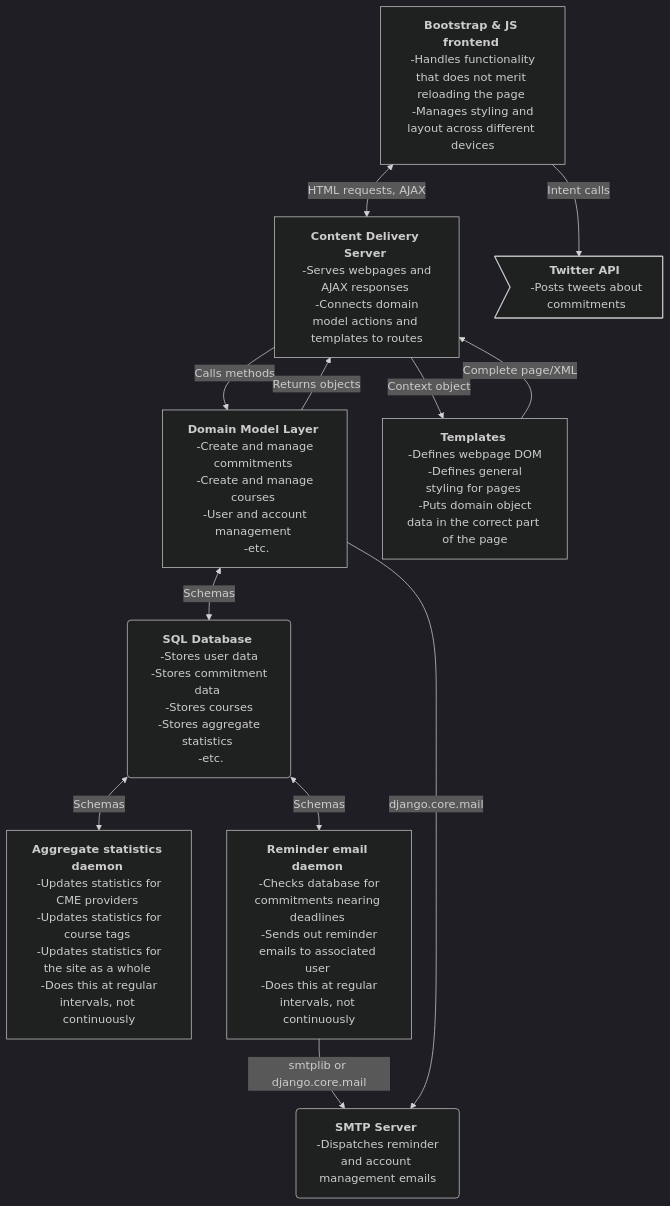
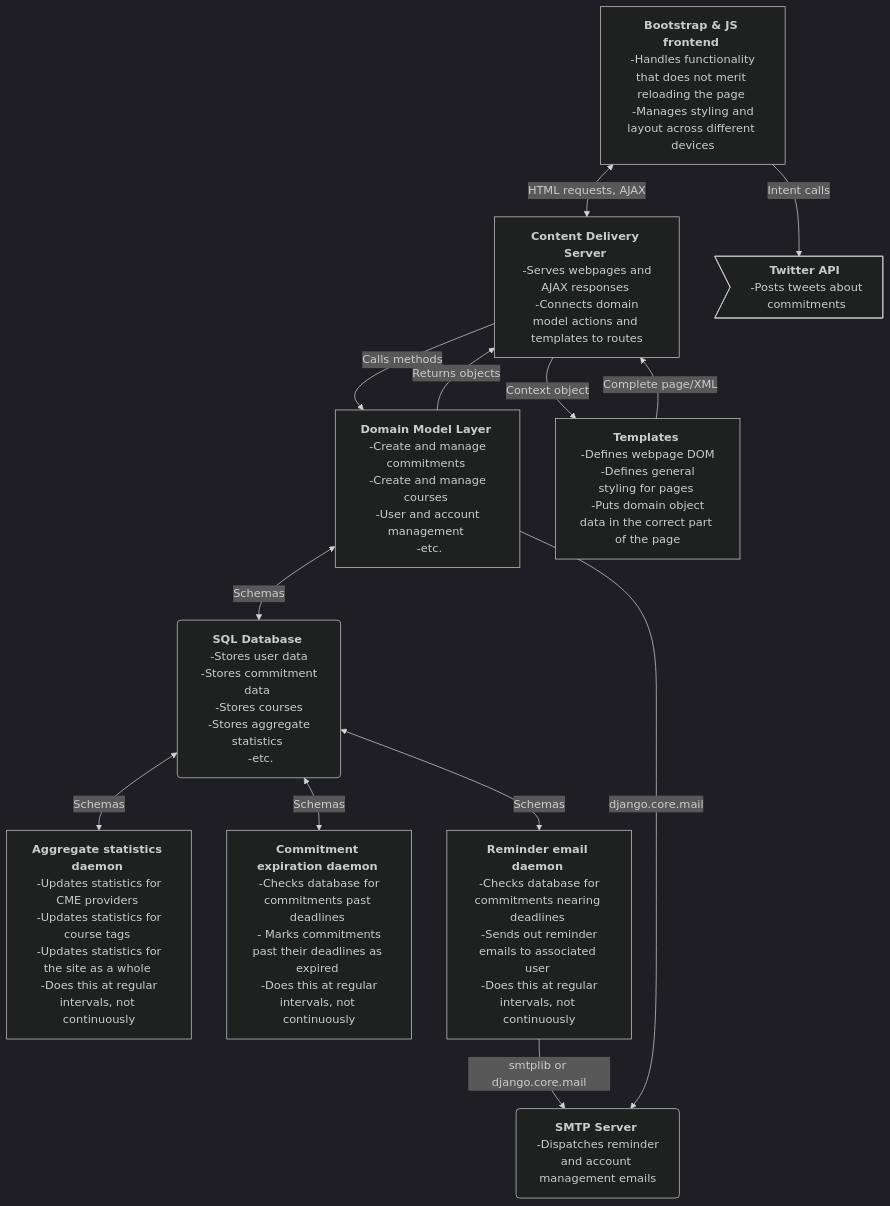
One commit to lee-blake/CME-Commitment-to-Change changed the diagram in Design/Architecture.md. Above: the diagram before and after it, drawn with Mermaid (dark theme). The commit also changed other lines of this file, not shown here.

Commit message:
Add commitment expiration daemon

````diff
--- a/Design/Architecture.md
+++ b/Design/Architecture.md
@@ -7,14 +7,15 @@
 ```mermaid
 graph TD;
     frontend[<b>Bootstrap & JS frontend</b> <br> -Handles functionality that does not merit reloading the page <br> -Manages styling and layout across different devices] <-- HTML requests, AJAX --> delivery[<b>Content Delivery Server</b> <br> -Serves webpages and AJAX responses <br> -Connects domain model actions and templates to routes];
     delivery -- Calls methods --> model[<b>Domain Model Layer</b> <br> -Create and manage commitments <br> -Create and manage courses <br> -User and account management <br> -etc.];
     model -- Returns objects --> delivery
     delivery -- Context object --> templates[<b>Templates</b> <br> -Defines webpage DOM <br> -Defines general styling for pages <br> -Puts domain object data in the correct part of the page];
     templates -- Complete page/XML --> delivery
     model <-- Schemas --> database(<b>SQL Database</b> <br> -Stores user data <br> -Stores commitment data <br> -Stores courses <br> -Stores aggregate statistics <br> -etc.);
-    database <-- Schemas --> statistics[<b>Aggregate statistics daemon</b> <br> -Updates statistics for CME providers <br> -Updates statistics for course tags <br> -Updates statistics for the site as a whole <br> -Does this at regular intervals, not continuously];;
+    database <-- Schemas --> statistics[<b>Aggregate statistics daemon</b> <br> -Updates statistics for CME providers <br> -Updates statistics for course tags <br> -Updates statistics for the site as a whole <br> -Does this at regular intervals, not continuously];
+    database <-- Schemas --> expiration[<b>Commitment expiration daemon</b> <br> -Checks database for commitments past deadlines <br> - Marks commitments past their deadlines as expired <br> -Does this at regular intervals, not continuously];
     database <-- Schemas --> reminder[<b>Reminder email daemon</b> <br> -Checks database for commitments nearing deadlines <br> -Sends out reminder emails to associated user <br> -Does this at regular intervals, not continuously];
     reminder -- smtplib or django.core.mail --> smtp(<b>SMTP Server</b> <br> -Dispatches reminder and account management emails);
     model -- django.core.mail --> smtp;
     frontend -- Intent calls --> twitter><b>Twitter API</b> <br> -Posts tweets about commitments]
 ```
````
